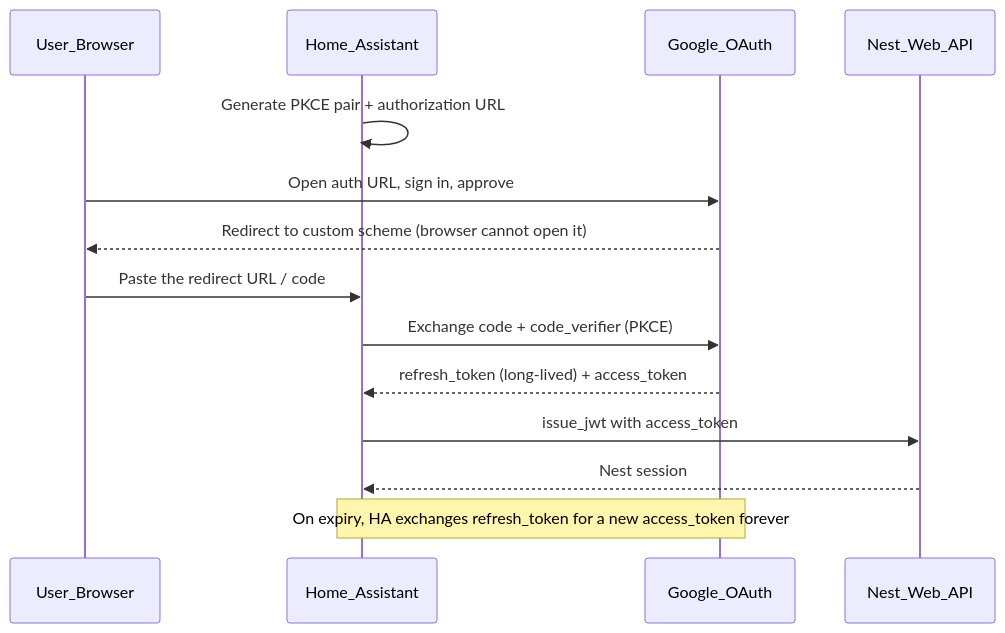
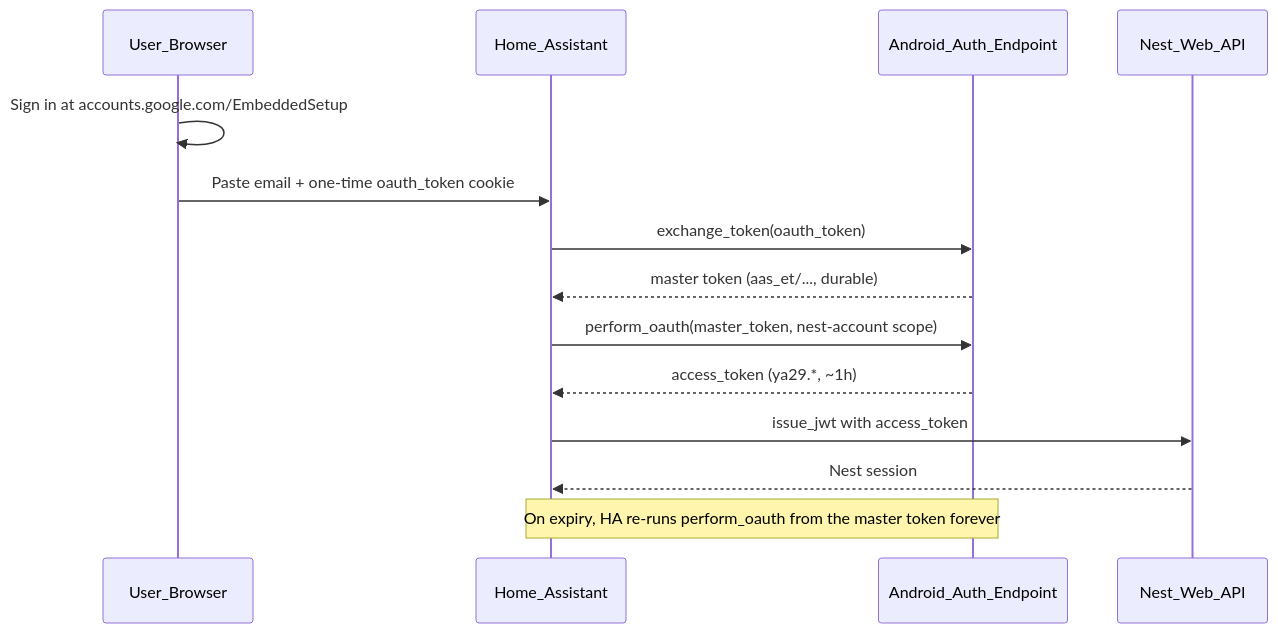
Before and after one commit to iMicknl/ha-nest-protect: the second of 2 diagrams in docs/authentication.md, drawn with Mermaid. The commit also changed other lines of this file and 10 other files, not shown here.

Commit message:
change from ios auth type to embedded auth token

````diff
--- a/docs/authentication.md
+++ b/docs/authentication.md
@@ -61,17 +66,17 @@
 ```mermaid
 sequenceDiagram
     participant User as User_Browser
     participant HA as Home_Assistant
-    participant Google as Google_OAuth
+    participant GAuth as Android_Auth_Endpoint
     participant Nest as Nest_Web_API
 
-    HA->>HA: Generate PKCE pair + authorization URL
-    User->>Google: Open auth URL, sign in, approve
-    Google-->>User: Redirect to custom scheme (browser cannot open it)
-    User->>HA: Paste the redirect URL / code
-    HA->>Google: Exchange code + code_verifier (PKCE)
-    Google-->>HA: refresh_token (long-lived) + access_token
+    User->>User: Sign in at accounts.google.com/EmbeddedSetup
+    User->>HA: Paste email + one-time oauth_token cookie
+    HA->>GAuth: exchange_token(oauth_token)
+    GAuth-->>HA: master token (aas_et/..., durable)
+    HA->>GAuth: perform_oauth(master_token, nest-account scope)
+    GAuth-->>HA: access_token (ya29.*, ~1h)
     HA->>Nest: issue_jwt with access_token
     Nest-->>HA: Nest session
-    Note over HA,Google: On expiry, HA exchanges refresh_token for a new access_token forever
+    Note over HA,GAuth: On expiry, HA re-runs perform_oauth from the master token forever
 ```
````
